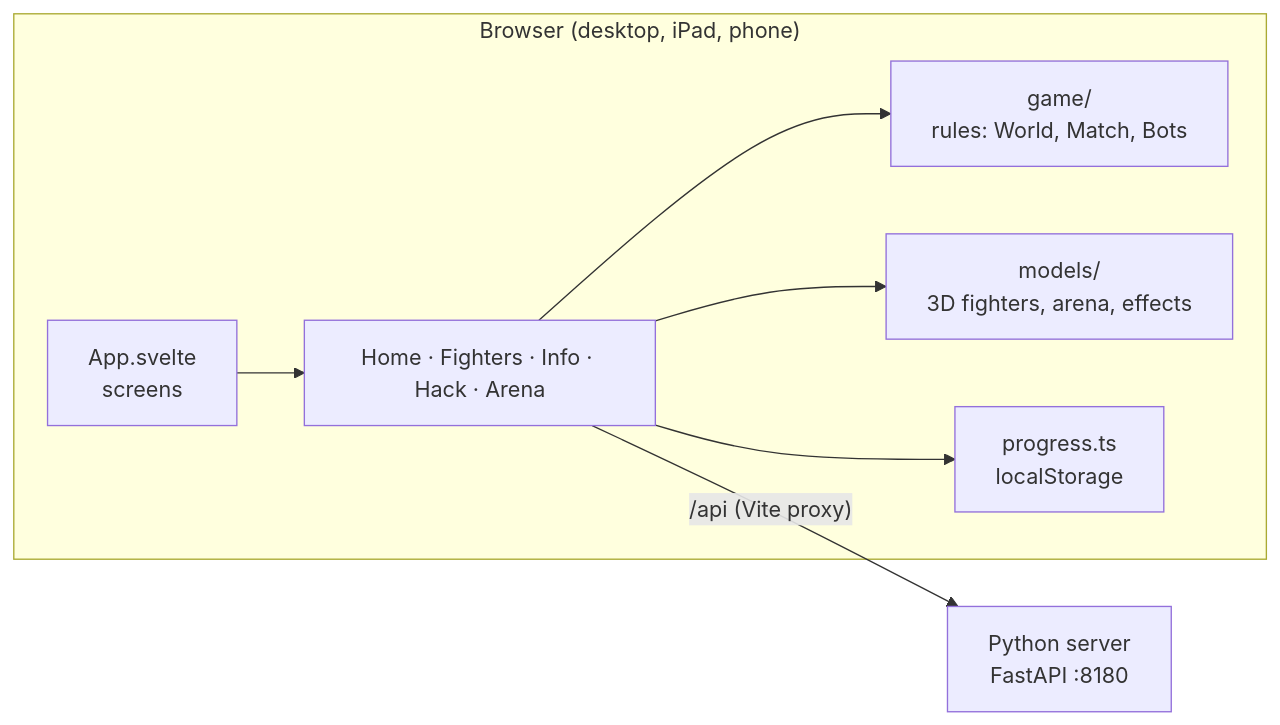
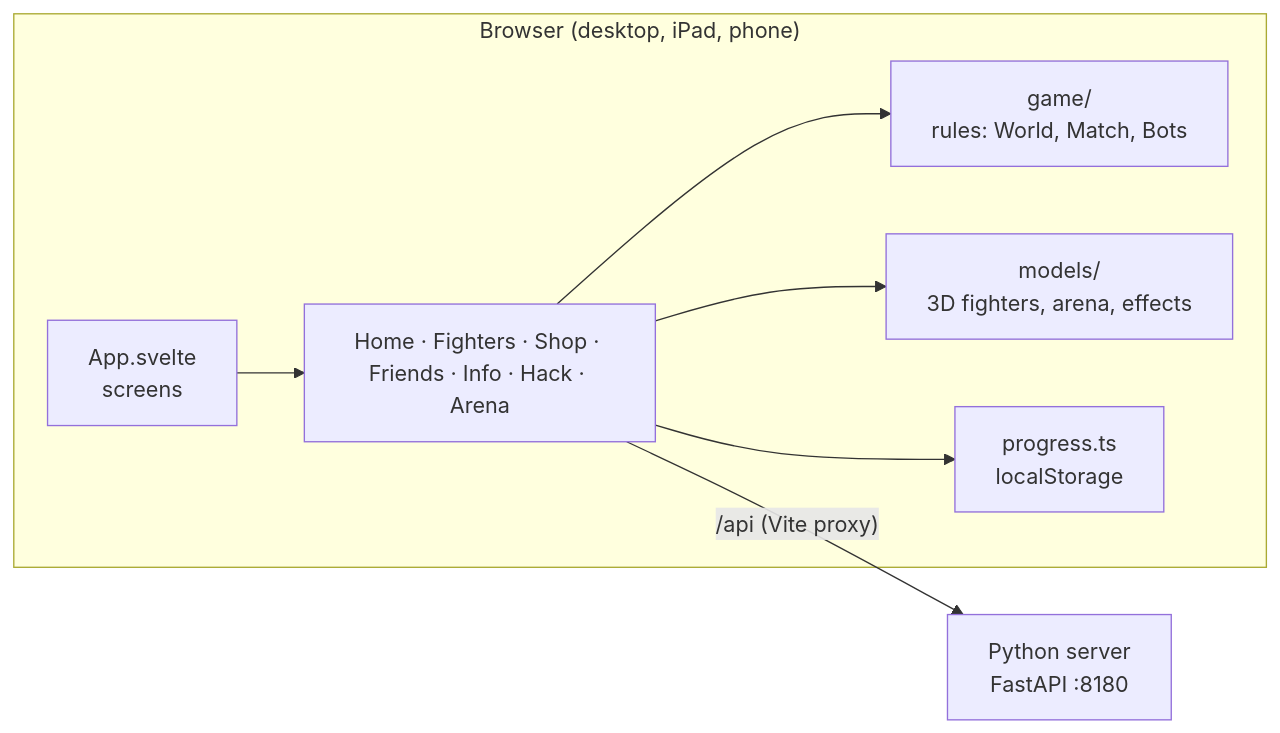
The first of 2 diagrams in docs/architecture.md (martinnordio/hack_star), drawn with Mermaid before and after one commit. The commit also changed other lines of this file and 9 other files, not shown here.

````diff
--- a/docs/architecture.md
+++ b/docs/architecture.md
@@ -6,10 +6,10 @@
 ```mermaid
 flowchart LR
   subgraph Browser["Browser (desktop, iPad, phone)"]
-    App["App.svelte<br/>screens"] --> Screens["Home · Fighters · Info · Hack · Arena"]
+    App["App.svelte<br/>screens"] --> Screens["Home · Fighters · Shop · Friends · Info · Hack · Arena"]
     Screens --> Game["game/<br/>rules: World, Match, Bots"]
     Screens --> Models["models/<br/>3D fighters, arena, effects"]
     Screens --> Progress["progress.ts<br/>localStorage"]
   end
   Screens -- "/api (Vite proxy)" --> Server["Python server<br/>FastAPI :8180"]
 ```
````
